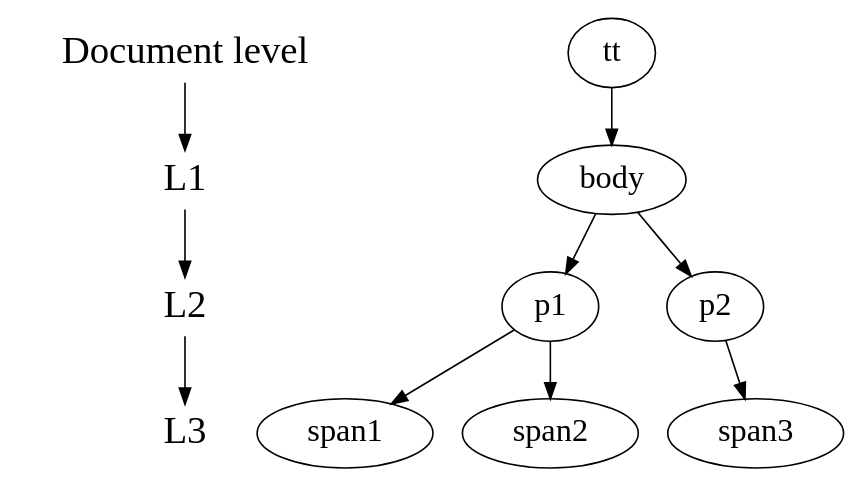
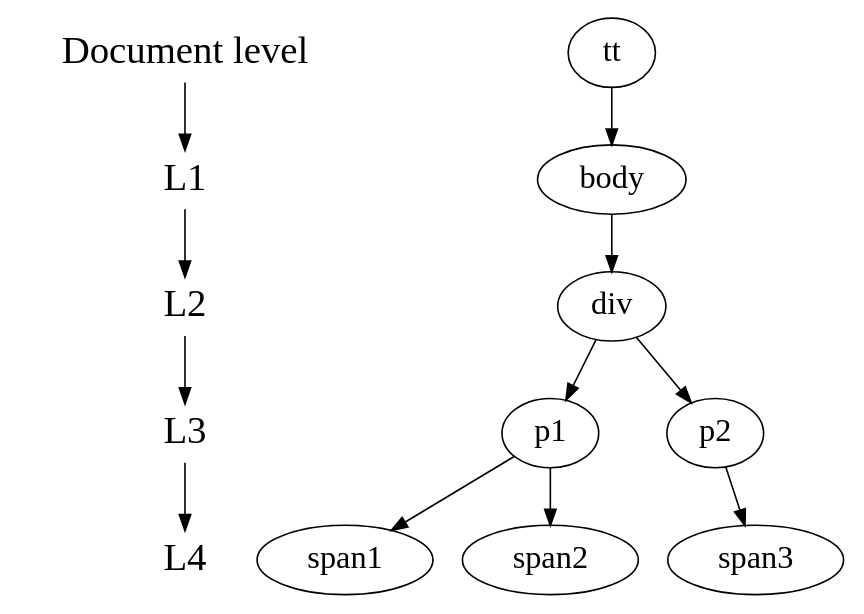
One commit to ebu/ebu-tt-live-toolkit changed the diagram in docs/source/dot/dfs.dot. Above: the diagram before and after it, drawn with Graphviz. The commit also changed 2 other files, not shown here.

```diff
--- a/docs/source/dot/dfs.dot
+++ b/docs/source/dot/dfs.dot
@@ -1,21 +1,23 @@
 digraph shells {
     size="7,8";
     node [fontsize=24, shape = plaintext];
-    "Document level" -> L1 -> L2 -> L3;
+    "Document level" -> L1 -> L2 -> L3 -> L4;
 
     node [fontsize=20, shape = ellipse];
     { rank = same; "Document level" tt; }
     { rank = same; L1 body; }
-    { rank = same; L2 p1 p2; }
-    { rank = same; L3 span1 span2 span3; }
+    { rank = same; L2 div; }
+    { rank = same; L3 p1 p2; }
+    { rank = same; L4 span1 span2 span3; }
 
     /* 'visible' edges */
     tt -> body;
-    body -> {p1 p2};
+    body -> div;
+    div -> {p1 p2};
     p1 -> {span1 span2};
     p2 -> span3;
 
     /* ’invisible’ edges to adjust node placement */
     edge [style=invis];
-    L3 -> span1;
+    L4 -> span1;
 }
```
